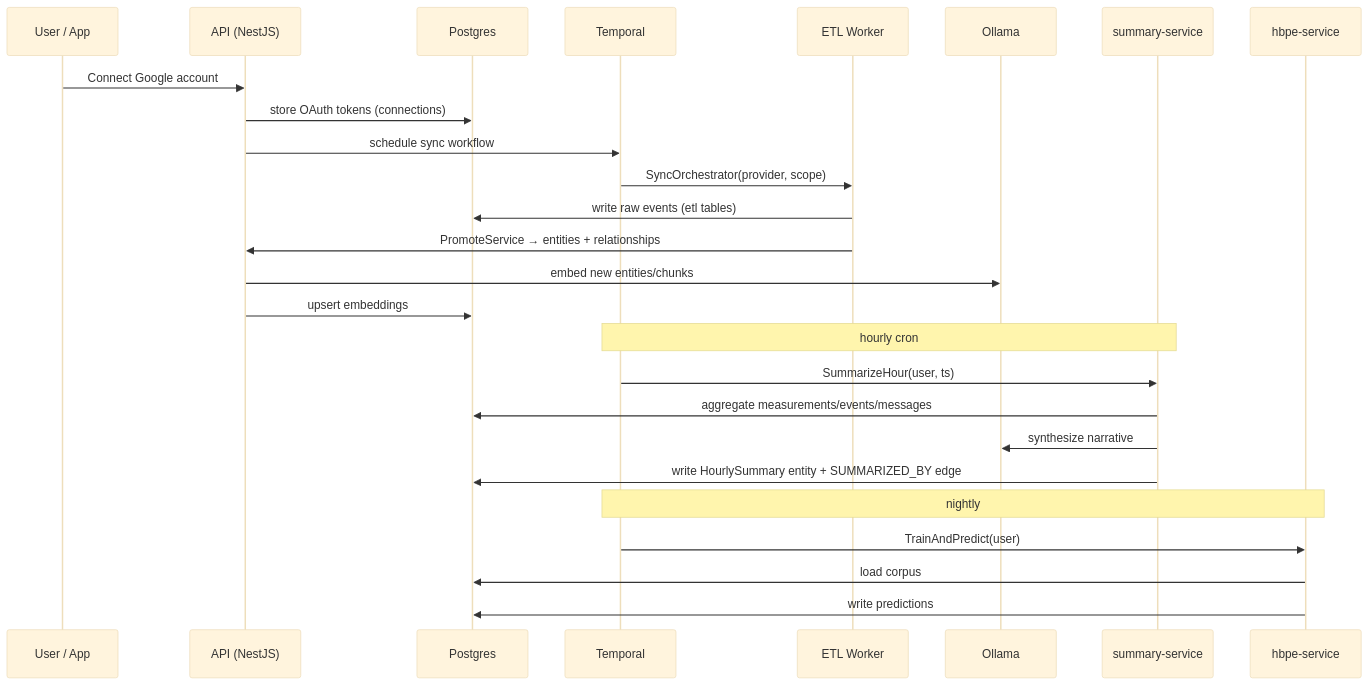
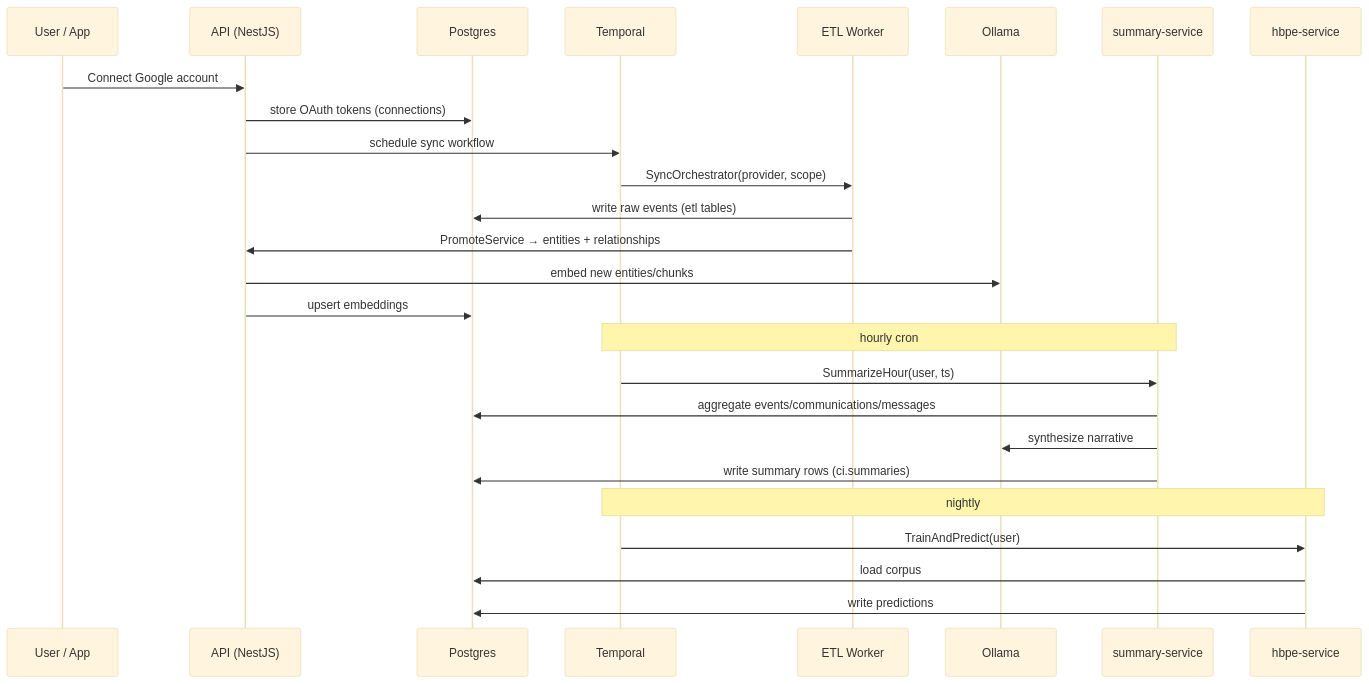
The fourth of 6 diagrams in docs/architecture/architecture.md (bennettchamberlain/Requiemv1), drawn with Mermaid (base theme) before and after one commit. The commit also changed other lines of this file and 16 other files, not shown here.

````diff
--- a/docs/architecture/architecture.md
+++ b/docs/architecture/architecture.md
@@ -235,31 +257,31 @@
 ```mermaid
 sequenceDiagram
     participant U as User / App
     participant API as API (NestJS)
     participant PG as Postgres
     participant T as Temporal
     participant ETL as ETL Worker
     participant LLM as Ollama
     participant SUM as summary-service
     participant HB as hbpe-service
 
     U->>API: Connect Google account
     API->>PG: store OAuth tokens (connections)
     API->>T: schedule sync workflow
     T->>ETL: SyncOrchestrator(provider, scope)
     ETL->>PG: write raw events (etl tables)
     ETL->>API: PromoteService → entities + relationships
     API->>LLM: embed new entities/chunks
     API->>PG: upsert embeddings
 
     Note over T,SUM: hourly cron
     T->>SUM: SummarizeHour(user, ts)
-    SUM->>PG: aggregate measurements/events/messages
+    SUM->>PG: aggregate events/communications/messages
     SUM->>LLM: synthesize narrative
-    SUM->>PG: write HourlySummary entity + SUMMARIZED_BY edge
+    SUM->>PG: write summary rows (ci.summaries)
 
     Note over T,HB: nightly
     T->>HB: TrainAndPredict(user)
     HB->>PG: load corpus
     HB->>PG: write predictions
 ```
````
